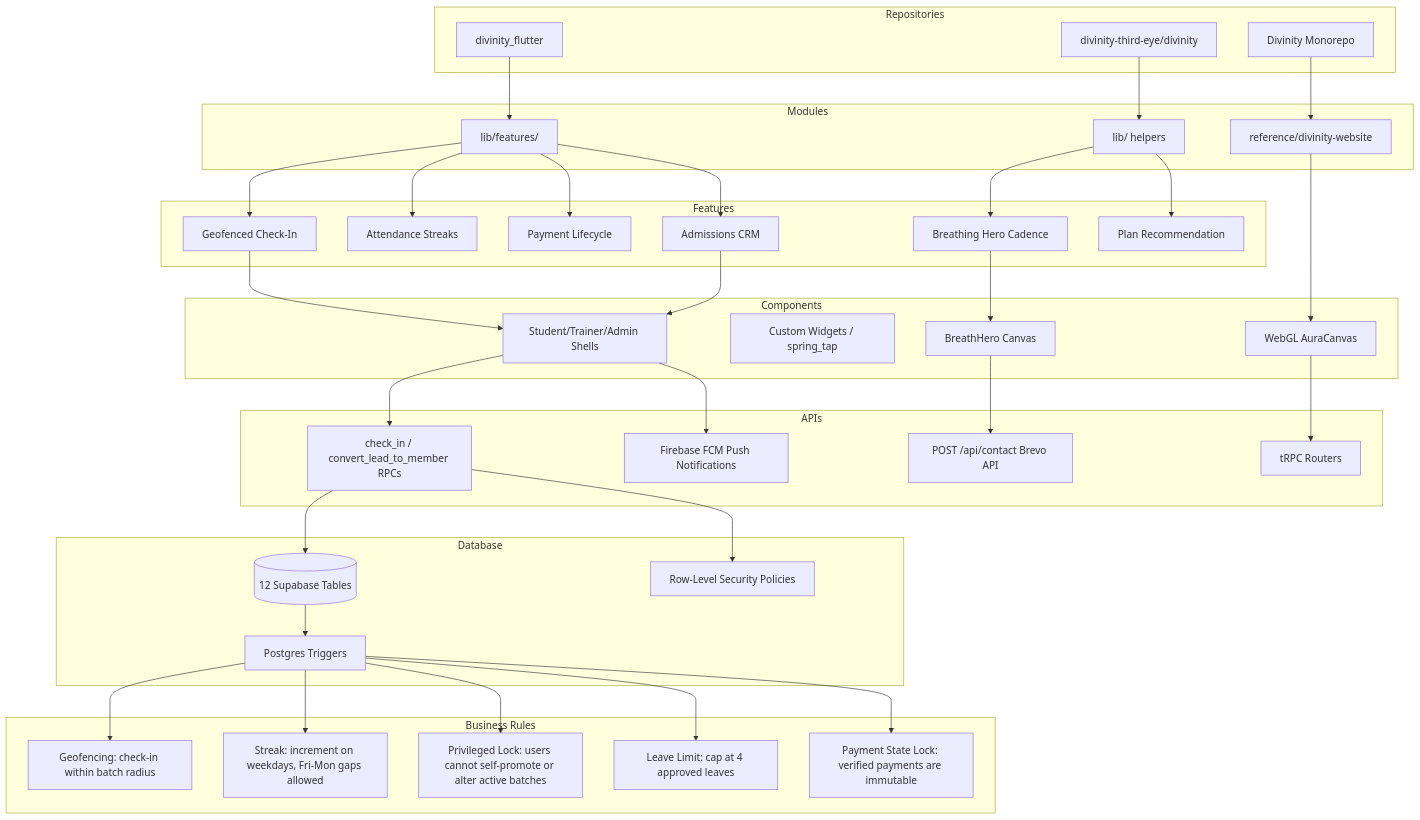
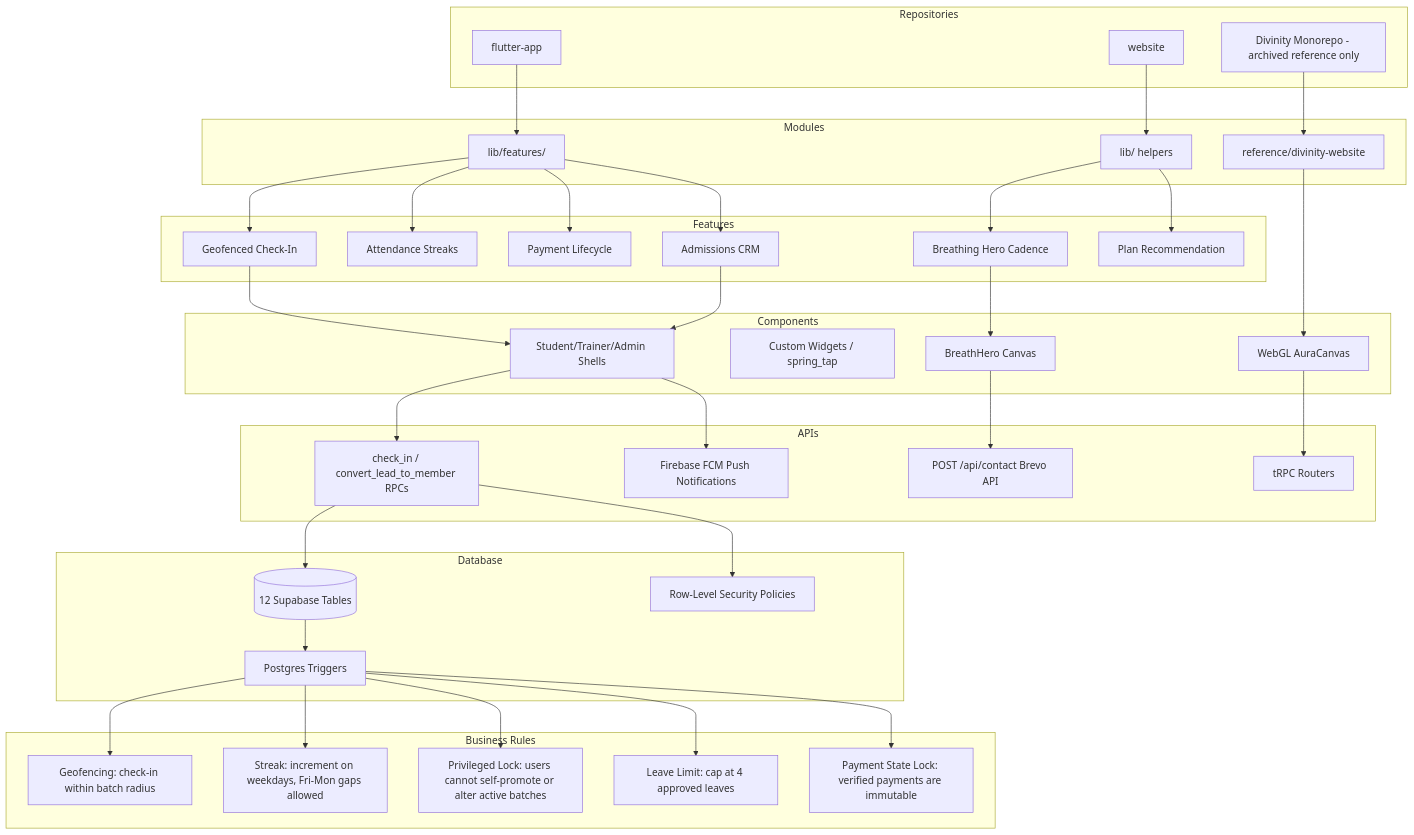
The diagram in docs/PROJECT_BIBLE/KNOWLEDGE_GRAPH.md (DIVINITY-THE-THIRD-EYE/Divinity-OS), drawn with Mermaid before and after one commit. The commit also changed other lines of this file and 43 other files, not shown here.

```diff
--- a/docs/PROJECT_BIBLE/KNOWLEDGE_GRAPH.md
+++ b/docs/PROJECT_BIBLE/KNOWLEDGE_GRAPH.md
@@ -12,9 +12,9 @@
 graph TD
   %% Repositories Layer
   subgraph Repositories
-    DF[divinity_flutter]
-    DTE[divinity-third-eye/divinity]
-    DIV[Divinity Monorepo]
+    DF[flutter-app]
+    DTE[website]
+    DIV[Divinity Monorepo - archived reference only]
   end
 
   %% Modules Layer
```
